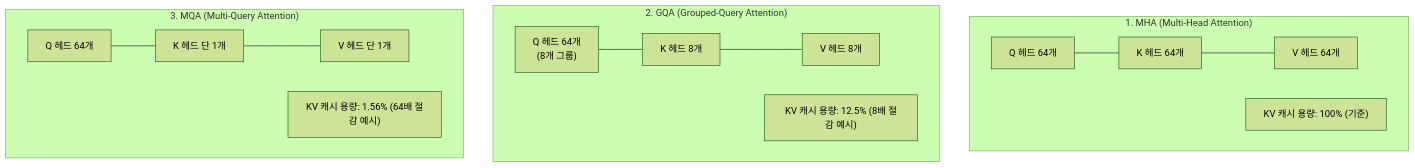
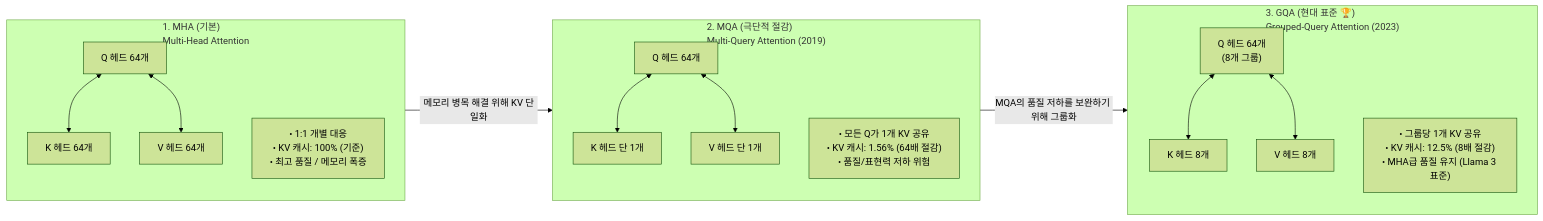
One commit to sing-u8/AI-Engineering changed the second of 4 diagrams in chapter-qa/ch09-inference-optimization-qa/02-kv-cache-flashattention-and-batching.md. Above: the diagram before and after it, drawn with Mermaid (forest theme). The commit also changed other lines of this file and 15 other files, not shown here.

````diff
--- a/chapter-qa/ch09-inference-optimization-qa/02-kv-cache-flashattention-and-batching.md
+++ b/chapter-qa/ch09-inference-optimization-qa/02-kv-cache-flashattention-and-batching.md
@@ -82,15 +176,32 @@
 ```mermaid
-flowchart TD
-    subgraph MHA["1. MHA (Multi-Head Attention)"]
-        Q1["Q 헤드 64개"] --- K1["K 헤드 64개"] --- V1["V 헤드 64개"]
-        M1["KV 캐시 용량: 100% (기준)"]
+flowchart LR
+    subgraph MHA["1. MHA (기본)\nMulti-Head Attention"]
+        direction TB
+        Q1["Q 헤드 64개"]
+        K1["K 헤드 64개"]
+        V1["V 헤드 64개"]
+        Q1 <--> K1 & V1
+        M1["• 1:1 개별 대응\n• KV 캐시: 100% (기준)\n• 최고 품질 / 메모리 폭증"]
     end
-    subgraph GQA["2. GQA (Grouped-Query Attention)"]
-        Q2["Q 헤드 64개\n(8개 그룹)"] --- K2["K 헤드 8개"] --- V2["V 헤드 8개"]
-        M2["KV 캐시 용량: 12.5% (8배 절감 예시)"]
+
+    subgraph MQA["2. MQA (극단적 절감)\nMulti-Query Attention (2019)"]
+        direction TB
+        Q2["Q 헤드 64개"]
+        K2["K 헤드 단 1개"]
+        V2["V 헤드 단 1개"]
+        Q2 <--> K2 & V2
+        M2["• 모든 Q가 1개 KV 공유\n• KV 캐시: 1.56% (64배 절감)\n• 품질/표현력 저하 위험"]
     end
-    subgraph MQA["3. MQA (Multi-Query Attention)"]
-        Q3["Q 헤드 64개"] --- K3["K 헤드 단 1개"] --- V3["V 헤드 단 1개"]
-        M3["KV 캐시 용량: 1.56% (64배 절감 예시)"]
+
+    subgraph GQA["3. GQA (현대 표준 🏆)\nGrouped-Query Attention (2023)"]
+        direction TB
+        Q3["Q 헤드 64개\n(8개 그룹)"]
+        K3["K 헤드 8개"]
+        V3["V 헤드 8개"]
+        Q3 <--> K3 & V3
+        M3["• 그룹당 1개 KV 공유\n• KV 캐시: 12.5% (8배 절감)\n• MHA급 품질 유지 (Llama 3 표준)"]
     end
+
+    MHA -->|메모리 병목 해결 위해 KV 단일화| MQA
+    MQA -->|MQA의 품질 저하를 보완하기 위해 그룹화| GQA
 ```
````
